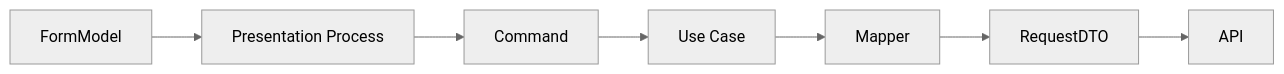
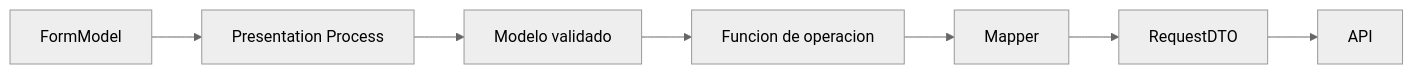
The third of 5 diagrams in docs/architecture/sdd.md (luismiguelgs/ciunac-sol-1.3), drawn with Mermaid (neutral theme) before and after one commit. The commit also changed other lines of this file and 431 other files, not shown here.

````diff
--- a/docs/architecture/sdd.md
+++ b/docs/architecture/sdd.md
@@ -198,9 +310,9 @@
 ```mermaid
 flowchart LR
     Form[FormModel] --> Process[Presentation Process]
-    Process --> Command[Command]
-    Command --> UseCase[Use Case]
+    Process --> Model[Modelo validado]
+    Model --> UseCase[Funcion de operacion]
     UseCase --> Mapper[Mapper]
     Mapper --> DTO[RequestDTO]
     DTO --> API[API]
 ```
````
